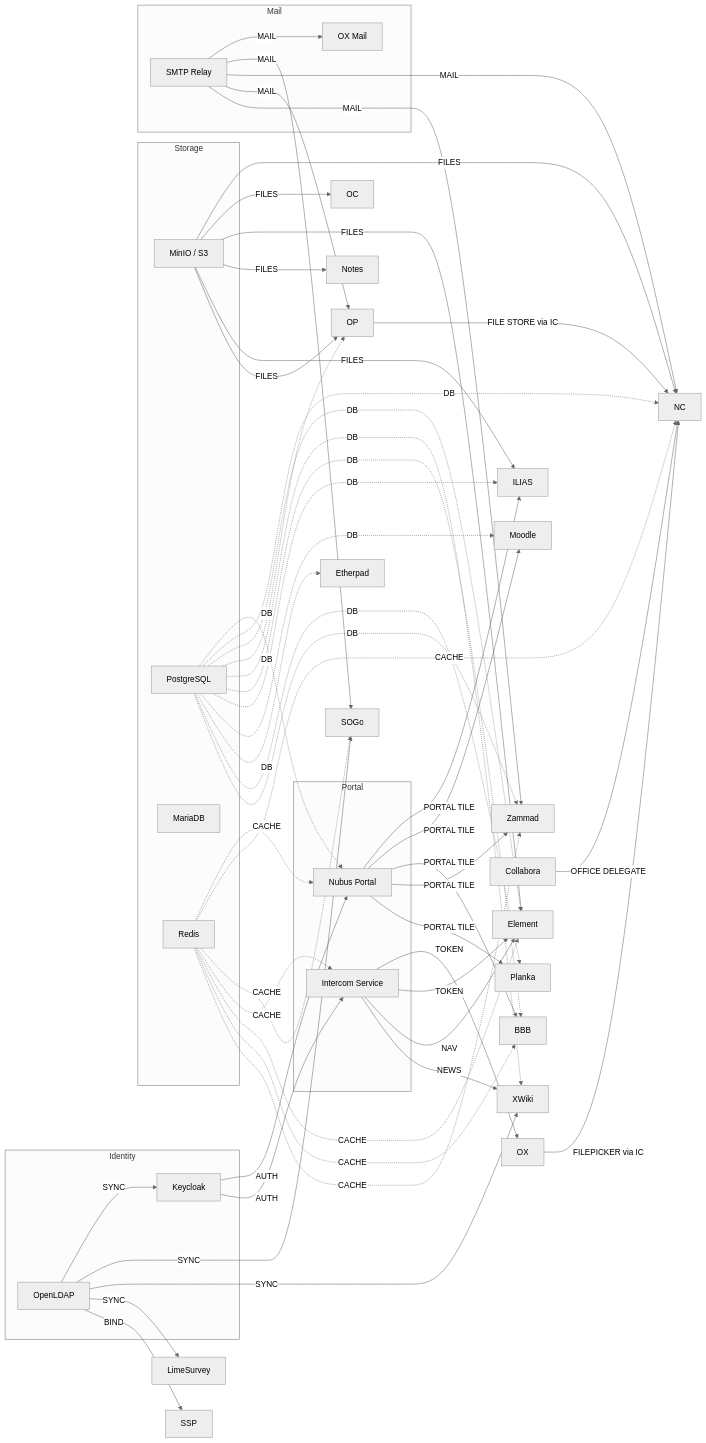
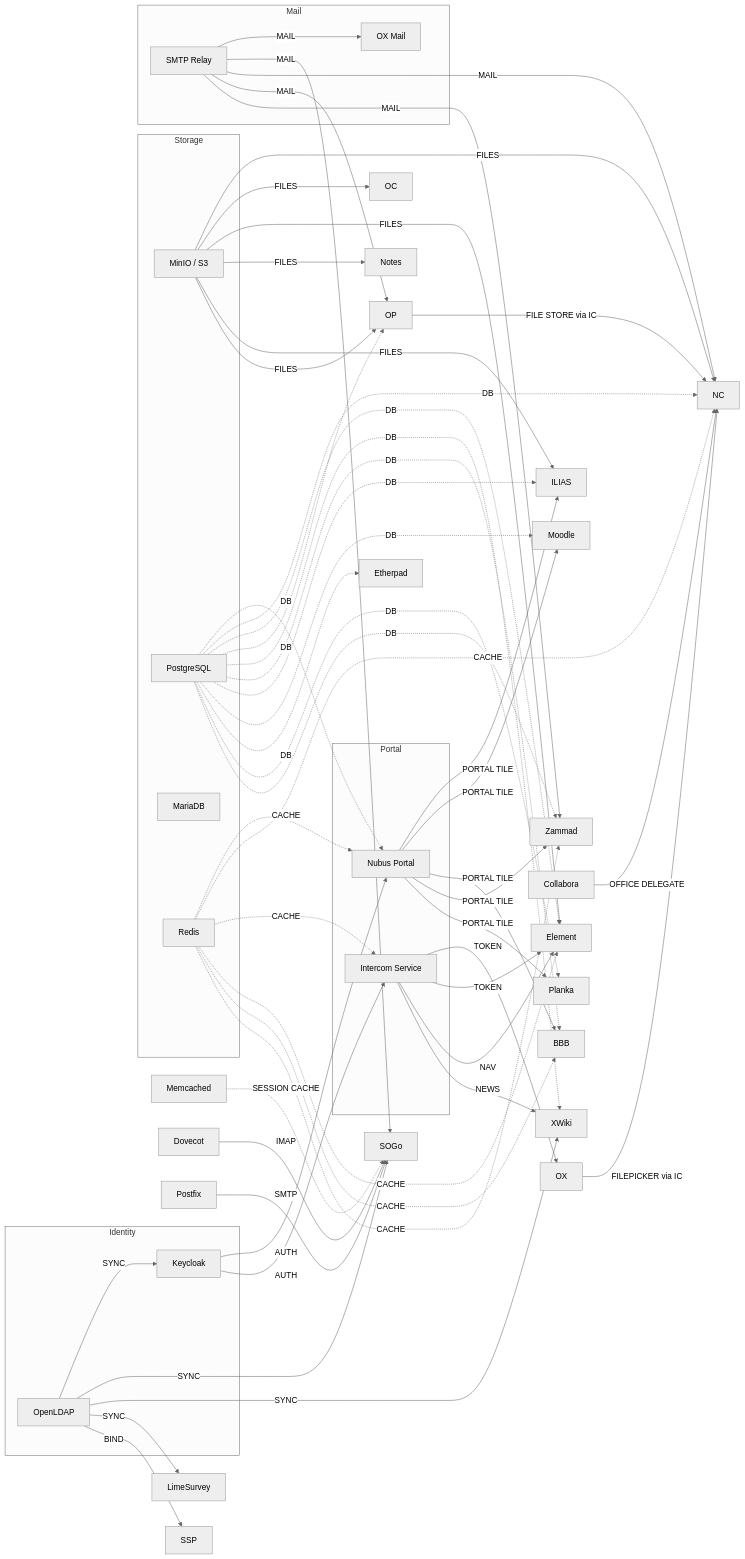
The diagram in openspec/specs/_registry/interconnection-matrix.md (opendesk-edu/opendesk-edu), drawn with Mermaid (neutral theme) before and after one commit. The commit also changed other lines of this file and 4 other files, not shown here.

````diff
--- a/openspec/specs/_registry/interconnection-matrix.md
+++ b/openspec/specs/_registry/interconnection-matrix.md
@@ -162,11 +166,12 @@
 
     RD -.->|CACHE| NB
     RD -.->|CACHE| NC
-    RD -.->|CACHE| SOGo
     RD -.->|CACHE| IC
     RD -.->|CACHE| Element
     RD -.->|CACHE| BBB
     RD -.->|CACHE| Zammad
+
+    MC[Memcached] -.->|SESSION CACHE| SOGo
 
     SM -->|MAIL| OX_MAIL
     SM -->|MAIL| SOGo
@@ -174,5 +179,8 @@
     SM -->|MAIL| OP
     SM -->|MAIL| Zammad
 
+    DC[Dovecot] -->|IMAP| SOGo
+    PF[Postfix] -->|SMTP| SOGo
+
     CL[Collabora] -->|OFFICE DELEGATE| NC
 ```
````
